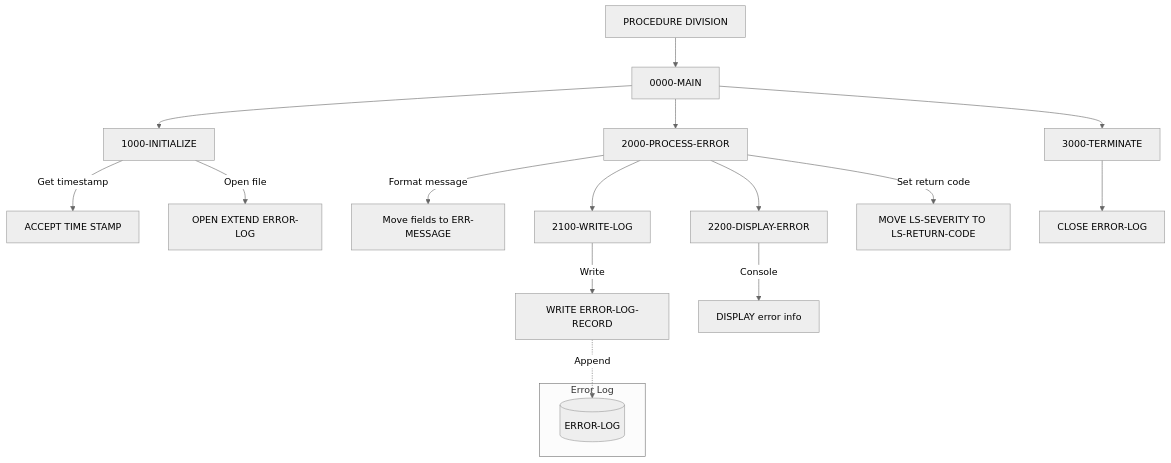
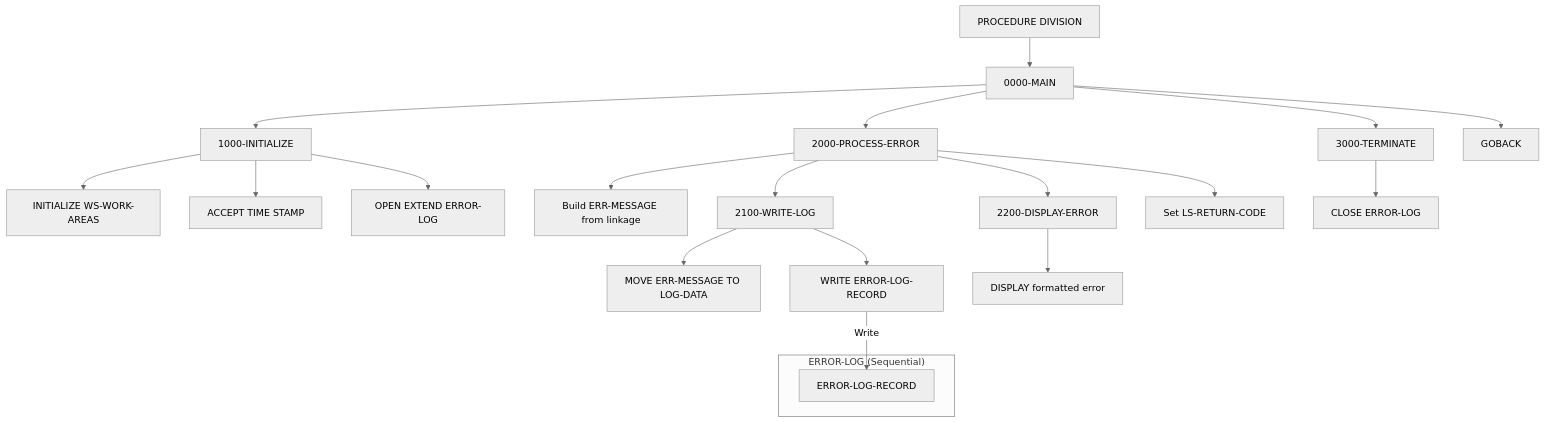
Before and after one commit to haladir-com/legacy-benchmark-docs-vb70e1: the diagram in docs/programs/ERRPROC.mdx, drawn with Mermaid (neutral theme). The commit also changed other lines of this file and 63 other files, not shown here.

````diff
--- a/docs/programs/ERRPROC.mdx
+++ b/docs/programs/ERRPROC.mdx
@@ -19,26 +19,30 @@
 ```mermaid
 graph TD
     A[PROCEDURE DIVISION] --> B[0000-MAIN]
     B --> C[1000-INITIALIZE]
     B --> D[2000-PROCESS-ERROR]
     B --> E[3000-TERMINATE]
+    B --> F[GOBACK]
     
-    C -->|Get timestamp| F[ACCEPT TIME STAMP]
-    C -->|Open file| G[OPEN EXTEND ERROR-LOG]
+    C --> C1[INITIALIZE WS-WORK-AREAS]
+    C --> C2[ACCEPT TIME STAMP]
+    C --> C3[OPEN EXTEND ERROR-LOG]
     
-    D -->|Format message| H[Move fields to ERR-MESSAGE]
-    D --> I[2100-WRITE-LOG]
-    D --> J[2200-DISPLAY-ERROR]
-    D -->|Set return code| K[MOVE LS-SEVERITY TO LS-RETURN-CODE]
+    D --> D1[Build ERR-MESSAGE from linkage]
+    D --> D2[2100-WRITE-LOG]
+    D --> D3[2200-DISPLAY-ERROR]
+    D --> D4[Set LS-RETURN-CODE]
     
-    I -->|Write| L[WRITE ERROR-LOG-RECORD]
-    J -->|Console| M[DISPLAY error info]
+    D2 --> D2A[MOVE ERR-MESSAGE TO LOG-DATA]
+    D2 --> D2B[WRITE ERROR-LOG-RECORD]
     
-    E --> N[CLOSE ERROR-LOG]
+    D3 --> D3A[DISPLAY formatted error]
     
-    subgraph "Error Log"
-        O[(ERROR-LOG)]
+    E --> E1[CLOSE ERROR-LOG]
+    
+    subgraph "ERROR-LOG (Sequential)"
+        G[ERROR-LOG-RECORD]
     end
     
-    L -.->|Append| O
+    D2B -->|Write| G
 ```
````
